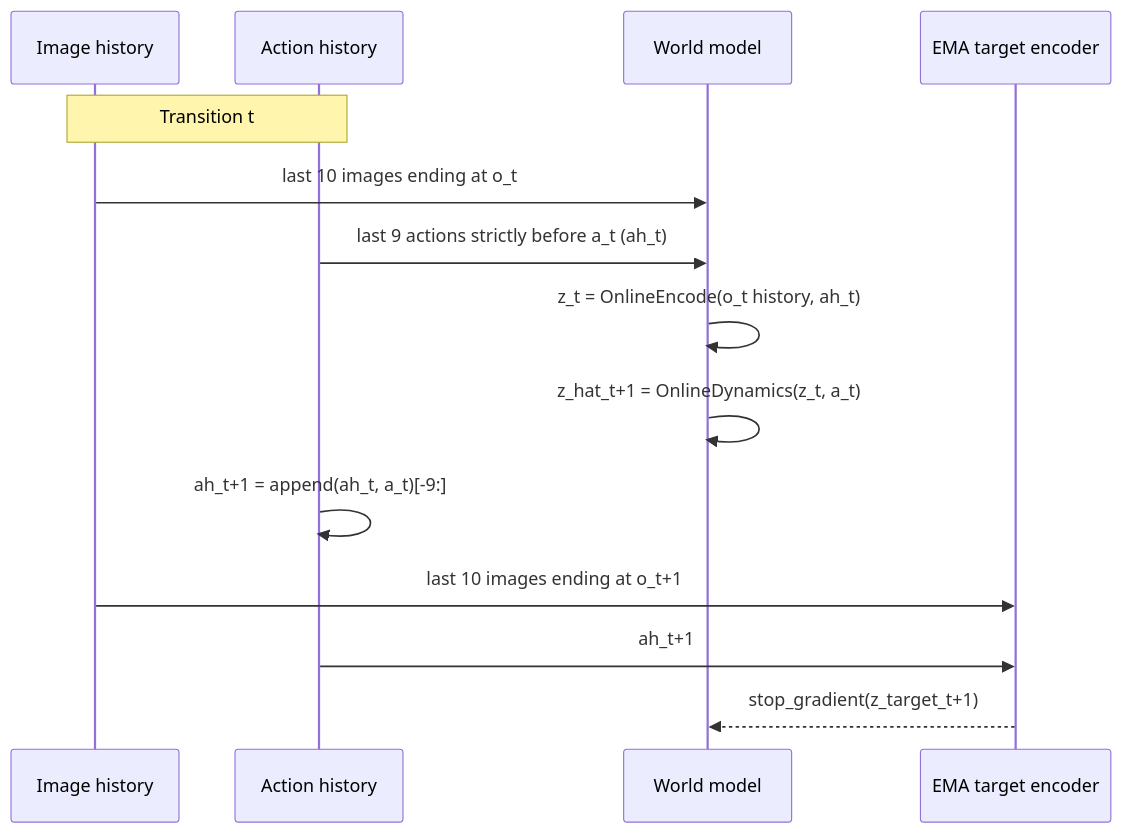
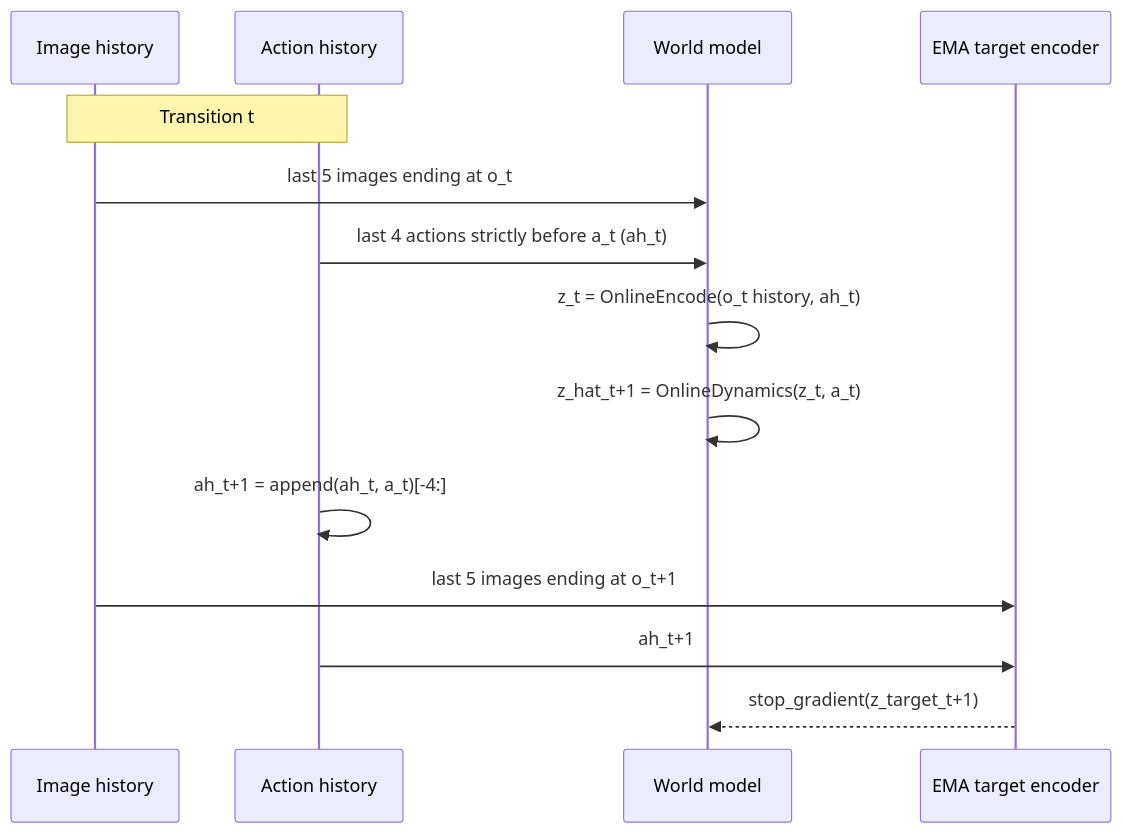
One commit to IBNBlank/piece_of_wm changed the second of 2 diagrams in trans_wm_le/TRAINING_LOGIC.md. Above: the diagram before and after it, drawn with Mermaid. The commit also changed other lines of this file and 25 other files, not shown here.

````diff
--- a/trans_wm_le/TRAINING_LOGIC.md
+++ b/trans_wm_le/TRAINING_LOGIC.md
@@ -68,17 +68,17 @@
 ```mermaid
 sequenceDiagram
     participant O as Image history
     participant A as Action history
     participant M as World model
     participant E as EMA target encoder
 
     Note over O,A: Transition t
-    O->>M: last 10 images ending at o_t
-    A->>M: last 9 actions strictly before a_t (ah_t)
+    O->>M: last 5 images ending at o_t
+    A->>M: last 4 actions strictly before a_t (ah_t)
     M->>M: z_t = OnlineEncode(o_t history, ah_t)
     M->>M: z_hat_t+1 = OnlineDynamics(z_t, a_t)
-    A->>A: ah_t+1 = append(ah_t, a_t)[-9:]
-    O->>E: last 10 images ending at o_t+1
+    A->>A: ah_t+1 = append(ah_t, a_t)[-4:]
+    O->>E: last 5 images ending at o_t+1
     A->>E: ah_t+1
     E-->>M: stop_gradient(z_target_t+1)
 ```
````
